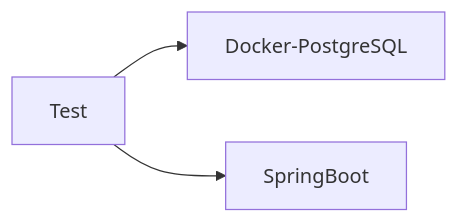
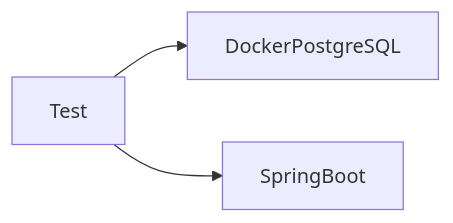
The third of 7 diagrams in Outils-Dev.md (mouhamadoulo/notes-tech-github), drawn with Mermaid before and after one commit.

````diff
--- a/Outils-Dev.md
+++ b/Outils-Dev.md
@@ -262,6 +262,6 @@
 ```mermaid
 flowchart LR
 
-Test --> Docker-PostgreSQL
+Test --> DockerPostgreSQL
 Test --> SpringBoot
 ```
````
